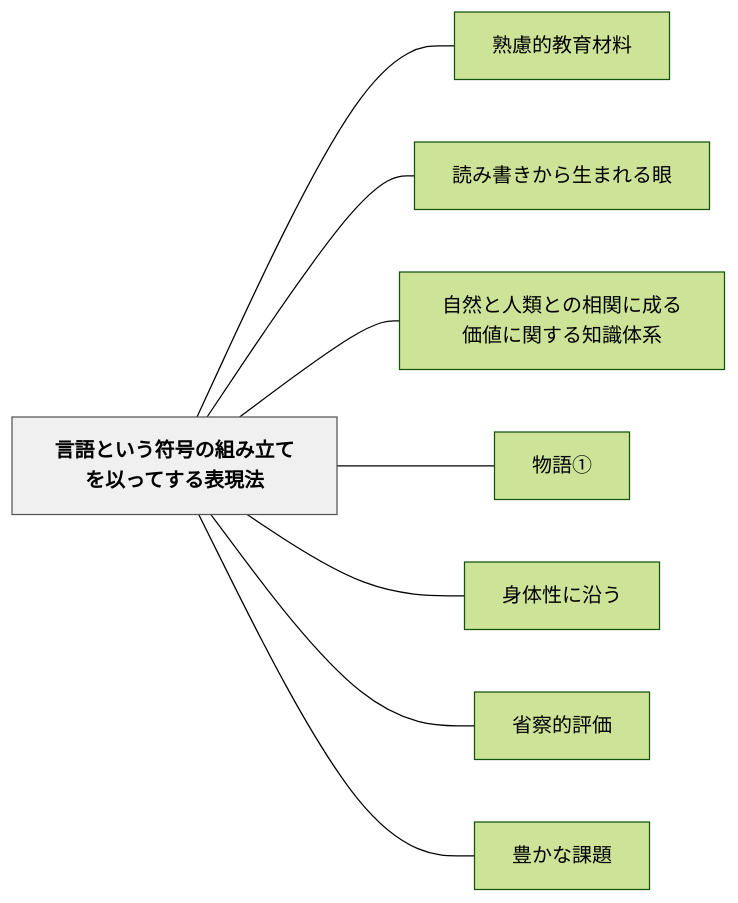
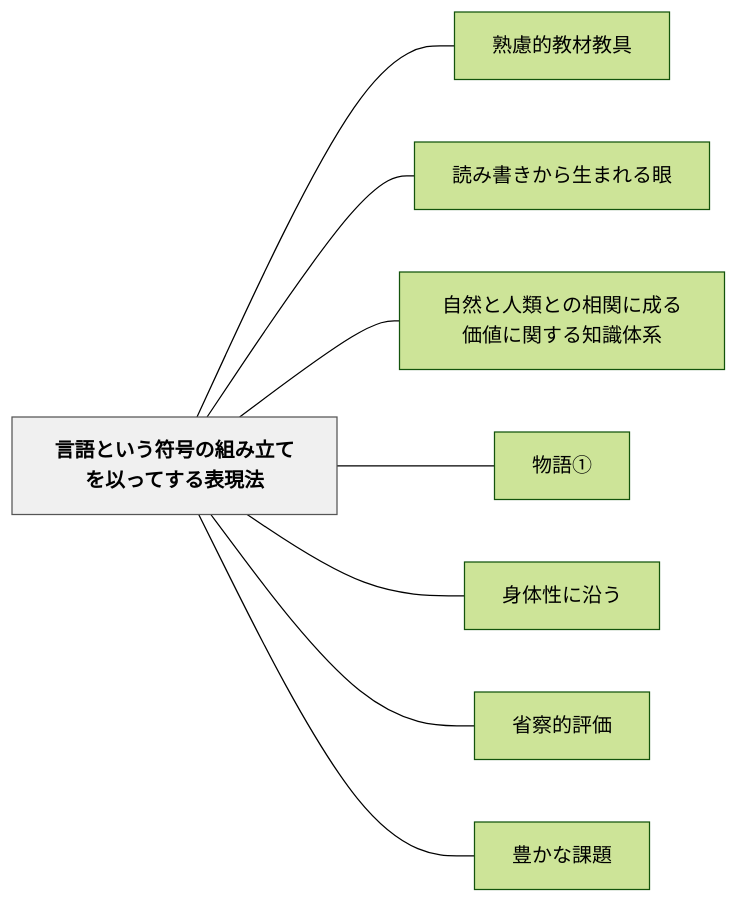
Before and after one commit to unknownthings-ed-patterns/unknownthings-ed-patterns: the diagram in content/パタン/言語という符号の組み立てを以ってする表現法.md, drawn with Mermaid (forest theme). The commit also changed other lines of this file and 72 other files, not shown here.

````diff
--- a/content/パタン/言語という符号の組み立てを以ってする表現法.md
+++ b/content/パタン/言語という符号の組み立てを以ってする表現法.md
@@ -49,22 +49,22 @@
 ```mermaid
 flowchart LR
     ne8a880e8aa9ee381a8e38184e38186e7aca6e58fb7e381aee7b584e381bfe7ab8be381a6e38292e4bba5e381a3e381a6e38199e3828be8a1a8e78fbee6b395["言語という符号の組み立てを以ってする表現法"]
-    ne7869fe685aee79a84e69599e882b2e69d90e69699["熟慮的教育材料"]
+    ne7869fe685aee79a84e69599e69d90e69599e585b7["熟慮的教材教具"]
     ne8aaade381bfe69bb8e3818de3818be38289e7949fe381bee3828ce3828be79cbc["読み書きから生まれる眼"]
     ne887aae784b6e381a8e4babae9a19ee381a8e381aee79bb8e996a2e381abe68890e3828be4bea1e580a4e381abe996a2e38199e3828be79fa5e8ad98e4bd93e7b3bb["自然と人類との相関に成る価値に関する知識体系"]
     ne789a9e8aa9ee291a0["物語①"]
     ne8baabe4bd93e680a7e381abe6b2bfe38186["身体性に沿う"]
     ne79c81e5af9fe79a84e8a995e4bea1["省察的評価"]
     ne8b18ae3818be381aae8aab2e9a18c["豊かな課題"]
 
-    ne8a880e8aa9ee381a8e38184e38186e7aca6e58fb7e381aee7b584e381bfe7ab8be381a6e38292e4bba5e381a3e381a6e38199e3828be8a1a8e78fbee6b395 --- ne7869fe685aee79a84e69599e882b2e69d90e69699
+    ne8a880e8aa9ee381a8e38184e38186e7aca6e58fb7e381aee7b584e381bfe7ab8be381a6e38292e4bba5e381a3e381a6e38199e3828be8a1a8e78fbee6b395 --- ne7869fe685aee79a84e69599e69d90e69599e585b7
     ne8a880e8aa9ee381a8e38184e38186e7aca6e58fb7e381aee7b584e381bfe7ab8be381a6e38292e4bba5e381a3e381a6e38199e3828be8a1a8e78fbee6b395 --- ne8aaade381bfe69bb8e3818de3818be38289e7949fe381bee3828ce3828be79cbc
     ne8a880e8aa9ee381a8e38184e38186e7aca6e58fb7e381aee7b584e381bfe7ab8be381a6e38292e4bba5e381a3e381a6e38199e3828be8a1a8e78fbee6b395 --- ne887aae784b6e381a8e4babae9a19ee381a8e381aee79bb8e996a2e381abe68890e3828be4bea1e580a4e381abe996a2e38199e3828be79fa5e8ad98e4bd93e7b3bb
     ne8a880e8aa9ee381a8e38184e38186e7aca6e58fb7e381aee7b584e381bfe7ab8be381a6e38292e4bba5e381a3e381a6e38199e3828be8a1a8e78fbee6b395 --- ne789a9e8aa9ee291a0
     ne8a880e8aa9ee381a8e38184e38186e7aca6e58fb7e381aee7b584e381bfe7ab8be381a6e38292e4bba5e381a3e381a6e38199e3828be8a1a8e78fbee6b395 --- ne8baabe4bd93e680a7e381abe6b2bfe38186
     ne8a880e8aa9ee381a8e38184e38186e7aca6e58fb7e381aee7b584e381bfe7ab8be381a6e38292e4bba5e381a3e381a6e38199e3828be8a1a8e78fbee6b395 --- ne79c81e5af9fe79a84e8a995e4bea1
     ne8a880e8aa9ee381a8e38184e38186e7aca6e58fb7e381aee7b584e381bfe7ab8be381a6e38292e4bba5e381a3e381a6e38199e3828be8a1a8e78fbee6b395 --- ne8b18ae3818be381aae8aab2e9a18c
 
     classDef hub fill:#f0f0f0,stroke:#555,color:#000,font-weight:bold
     class ne8a880e8aa9ee381a8e38184e38186e7aca6e58fb7e381aee7b584e381bfe7ab8be381a6e38292e4bba5e381a3e381a6e38199e3828be8a1a8e78fbee6b395 hub
 ```
````
